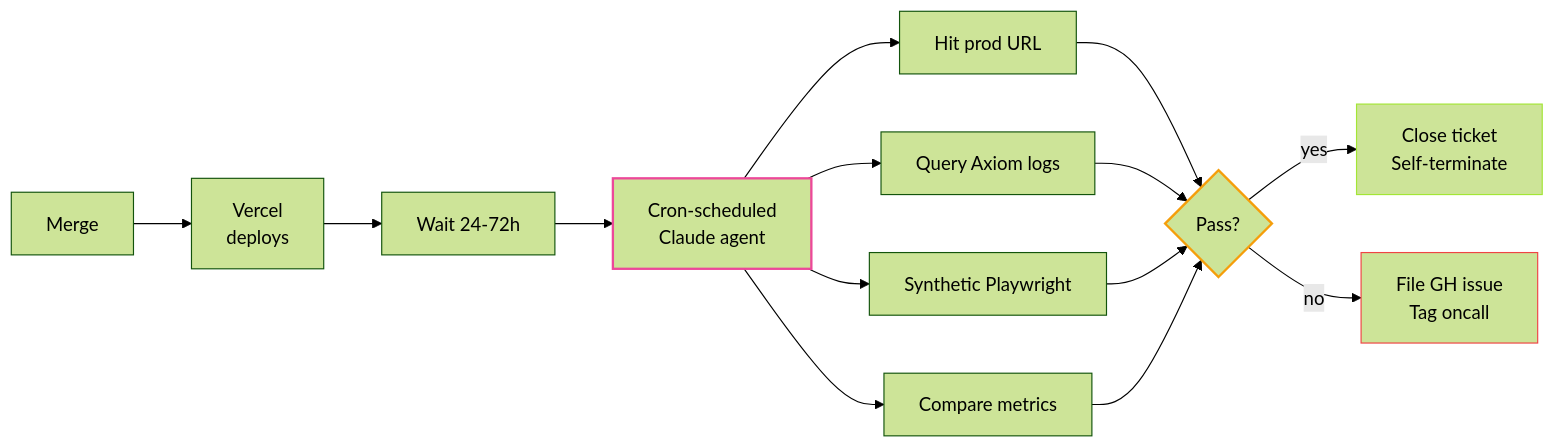
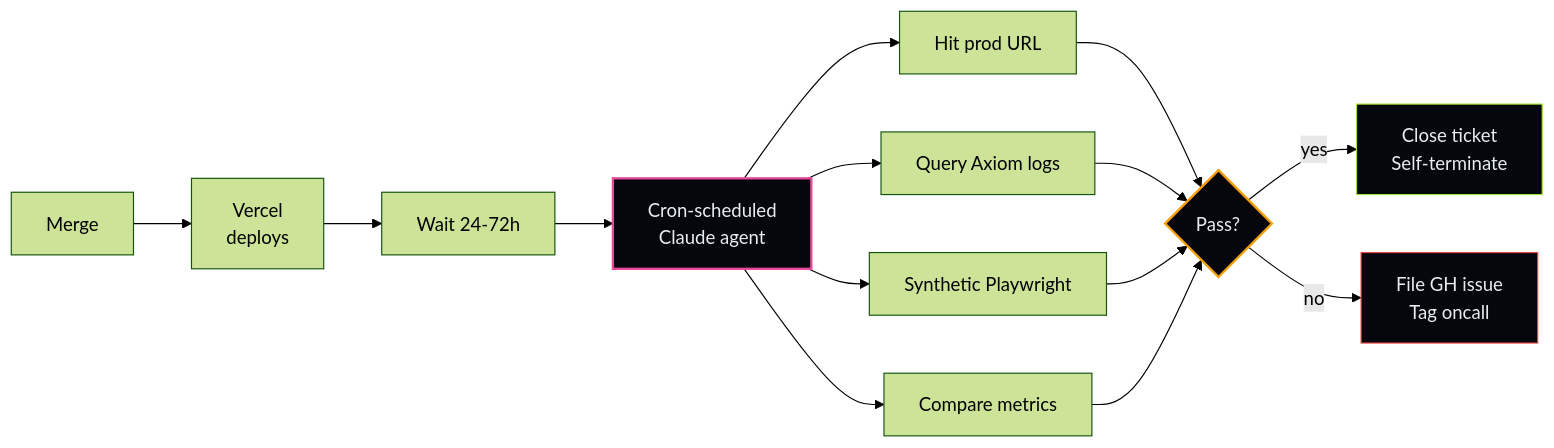
The second of 2 diagrams in demo/slides/slides.md (zanebarker-ops/claude-dev-toolkit), drawn with Mermaid (forest theme) before and after one commit. The commit also changed other lines of this file, not shown here.

First line of the commit message:
fix(demo/slides): slide 22 mermaid → HUD cards + restore fills on 25, 33

````diff
--- a/demo/slides/slides.md
+++ b/demo/slides/slides.md
@@ -1295,21 +1314,21 @@
 ```mermaid
 flowchart LR
   M[Merge] --> P[Vercel<br/>deploys]
   P --> W[Wait 24-72h]
   W --> C[Cron-scheduled<br/>Claude agent]
   C --> Q1[Hit prod URL]
   C --> Q2[Query Axiom logs]
   C --> Q3[Synthetic Playwright]
   C --> Q4[Compare metrics]
   Q1 --> V{Pass?}
   Q2 --> V
   Q3 --> V
   Q4 --> V
   V -->|yes| K[Close ticket<br/>Self-terminate]
   V -->|no| F[File GH issue<br/>Tag oncall]
 
-  style C stroke:#ec4899,stroke-width:2px
-  style V stroke:#f59e0b,stroke-width:2px
-  style K stroke:#a3e635
-  style F stroke:#ef4444
+  style C fill:#06070d,stroke:#ec4899,stroke-width:2px,color:#e6edf3
+  style V fill:#06070d,stroke:#f59e0b,stroke-width:2px,color:#e6edf3
+  style K fill:#06070d,stroke:#a3e635,color:#e6edf3
+  style F fill:#06070d,stroke:#ef4444,color:#e6edf3
 ```
````
